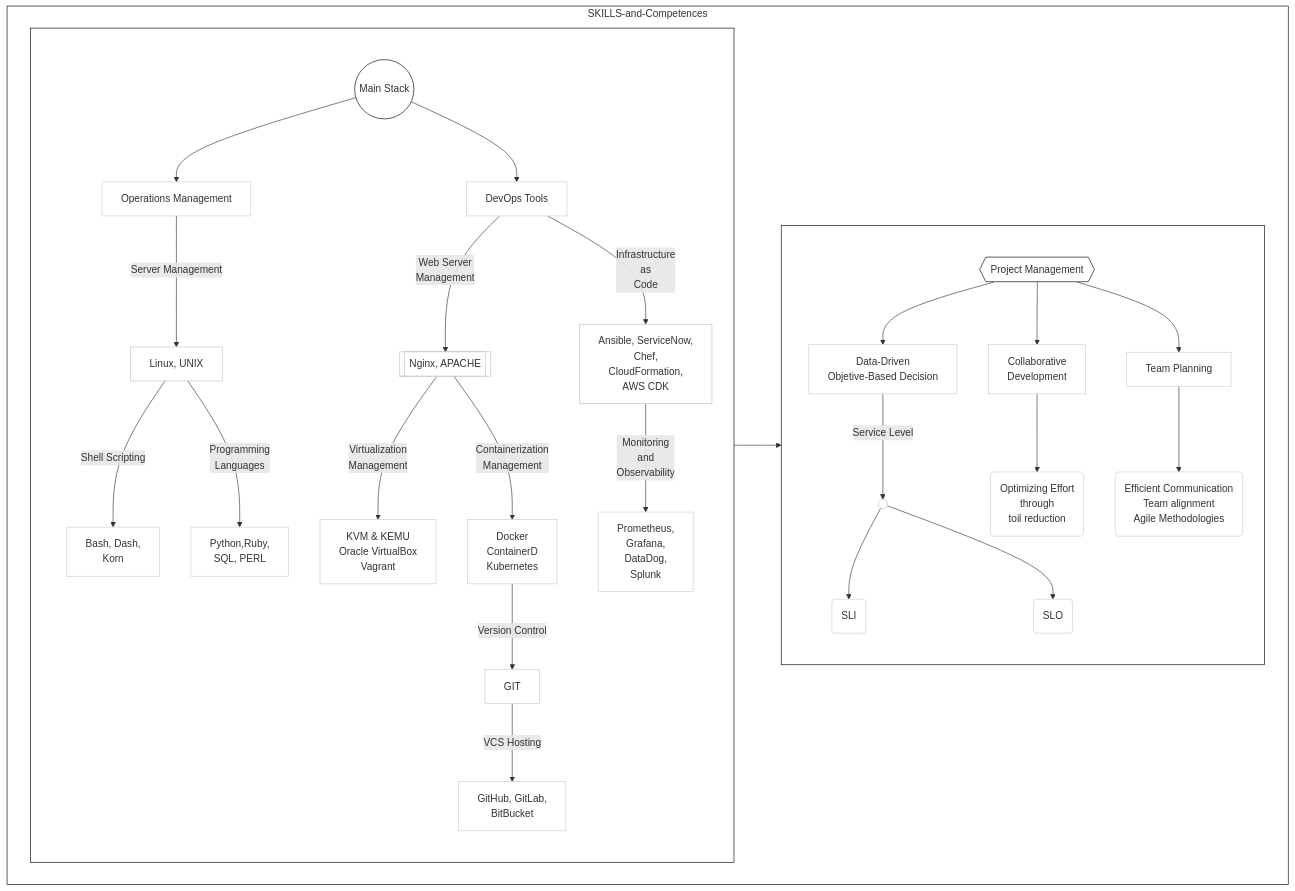
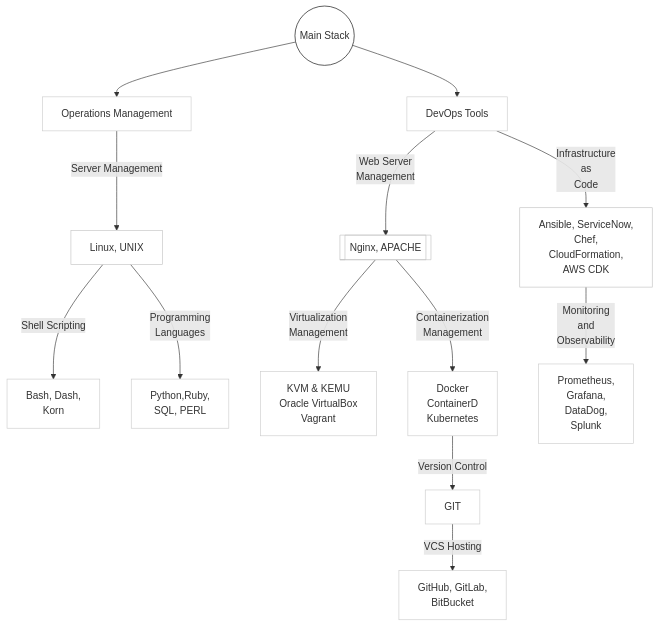
The first of 7 diagrams in README.md (kjfigueroa/profile), drawn with Mermaid before and after one commit. The commit also changed other lines of this file, not shown here.

Commit message:
graphics skills on mermaid

````diff
--- a/README.md
+++ b/README.md
@@ -25,48 +25,26 @@
 ```mermaid
-flowchart TD
-    subgraph SKILLS-and-Competences; style SKILLS-and-Competences fill:#fff,stroke:#000;
-        subgraph MAIN-STACK; style MAIN-STACK color:#fff,fill:#fff,stroke:#000;
-            direction TB
-            MAIN((Main Stack));style MAIN fill:#fff,stroke:#000;
-            OM[Operations Management];style OM fill:#fff,stroke:#ccc;
-            DT[DevOps Tools];style DT fill:#fff,stroke:#ccc;
-            OMSM[Linux, UNIX]; style OMSM fill:#fff,stroke:#c3c3c3;
-            OMCLI[Bash, Dash,<br>Korn]; style OMCLI fill:#fff,stroke:#ccc;
-            OMPL[Python,Ruby,<br>SQL, PERL]; style OMPL fill:#fff,stroke:#ccc;
-            MAIN --> OM; OM -->|Server Management| OMSM
-            OMSM -->|Shell Scripting| OMCLI; OMSM -->|Programming<br>Languages| OMPL
-            DTWSM[[Nginx, APACHE]]; style DTWSM fill:#fff,stroke:#c1c1c1;
-            DTVM[KVM & KEMU<br>Oracle VirtualBox<br>Vagrant]; style DTVM fill:#fff,stroke:#ccc;
-            DTCM[Docker<br>ContainerD<br>Kubernetes]; style DTCM fill:#fff,stroke:#ccc;
-            DTVCS[GIT]; style DTVCS fill:#fff,stroke:#ccc;
-            DTRHS[GitHub, GitLab,<br>BitBucket]; style DTRHS fill:#fff,stroke:#ccc;
-            DTIAC[Ansible, ServiceNow,<br>Chef,<br>CloudFormation,<br>AWS CDK]; style DTIAC fill:#fff,stroke:#c1c1c1;
-            DTMO[Prometheus,<br>Grafana,<br>DataDog,<br>Splunk]; style DTMO fill:#fff,stroke:#ccc;
-            MAIN --> DT
-            DT -->|Web Server<br>Management| DTWSM
-            DTWSM -->|Virtualization<br>Management| DTVM 
-            DTWSM -->|Containerization<br>Management| DTCM
-            DTCM -->|Version Control| DTVCS
-            DTVCS -->|VCS Hosting| DTRHS 
-            DT -->|Infrastructure<br>as<br>Code| DTIAC
-            DTIAC -->|Monitoring<br>and<br>Observability| DTMO
-        end
-        subgraph Management; style Management color:#fff,fill:#fff,stroke:#000;
-            direction TB
-            PM{{Project Management}};style PM fill:#fff,stroke:#000;
-            DD[Data-Driven<br>Objetive-Based Decision]; style DD fill:#fff,stroke:#ccc;
-            CD[Collaborative<br>Development]; style CD fill:#fff,stroke:#ccc;
-            TP[Team Planning]; style TP fill:#fff,stroke:#ccc;
-            DDSL(( )); style DDSL fill:#fff,stroke:#c1c1c1; 
-            SLI(SLI); style SLI fill:#fff,stroke:#ccc;
-            SLO(SLO); style SLO fill:#fff,stroke:#ccc;
-            CDD(Optimizing Effort<br>through<br>toil reduction); style CDD fill:#fff,stroke:#ccc;
-            TPD(Efficient Communication<br>Team alignment<br>Agile Methodologies);style TPD fill:#fff,stroke:#ccc;
-            PM --> DD; PM --> CD; PM --> TP
-            DD -->|Service Level| DDSL
-            DDSL --> SLI; DDSL --> SLO
-            CD --> CDD; TP --> TPD        
-        end
-        MAIN-STACK --> Management
-    end
+flowchart TB
+MAIN((Main Stack));style MAIN fill:#fff,stroke:#000;
+OM[Operations Management];style OM fill:#fff,stroke:#ccc;
+DT[DevOps Tools];style DT fill:#fff,stroke:#ccc;
+OMSM[Linux, UNIX]; style OMSM fill:#fff,stroke:#c3c3c3;
+OMCLI[Bash, Dash,<br>Korn]; style OMCLI fill:#fff,stroke:#ccc;
+OMPL[Python,Ruby,<br>SQL, PERL]; style OMPL fill:#fff,stroke:#ccc;
+MAIN --> OM; OM -->|Server Management| OMSM
+OMSM -->|Shell Scripting| OMCLI; OMSM -->|Programming<br>Languages| OMPL
+DTWSM[[Nginx, APACHE]]; style DTWSM fill:#fff,stroke:#c1c1c1;
+DTVM[KVM & KEMU<br>Oracle VirtualBox<br>Vagrant]; style DTVM fill:#fff,stroke:#ccc;
+DTCM[Docker<br>ContainerD<br>Kubernetes]; style DTCM fill:#fff,stroke:#ccc;
+DTVCS[GIT]; style DTVCS fill:#fff,stroke:#ccc;
+DTRHS[GitHub, GitLab,<br>BitBucket]; style DTRHS fill:#fff,stroke:#ccc;
+DTIAC[Ansible, ServiceNow,<br>Chef,<br>CloudFormation,<br>AWS CDK]; style DTIAC fill:#fff,stroke:#c1c1c1;
+DTMO[Prometheus,<br>Grafana,<br>DataDog,<br>Splunk]; style DTMO fill:#fff,stroke:#ccc;
+MAIN --> DT
+DT -->|Web Server<br>Management| DTWSM
+DTWSM -->|Virtualization<br>Management| DTVM 
+DTWSM -->|Containerization<br>Management| DTCM
+DTCM -->|Version Control| DTVCS
+DTVCS -->|VCS Hosting| DTRHS 
+DT -->|Infrastructure<br>as<br>Code| DTIAC
+DTIAC -->|Monitoring<br>and<br>Observability| DTMO
 ```
````
